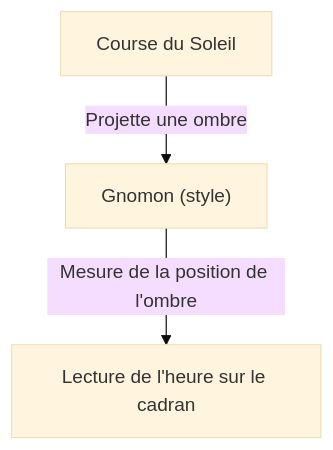
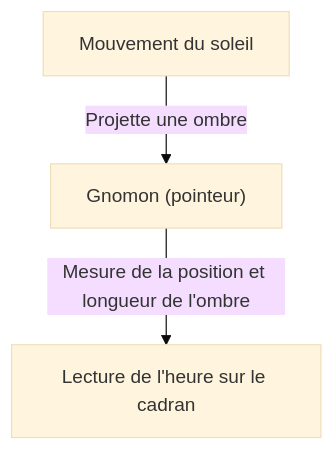
Before and after one commit to kenjinote/blog: the first of 3 diagrams in content/post/history-of-timekeeping-technology/index.fr.md, drawn with Mermaid (base theme). The commit also changed other lines of this file and 129 other files, not shown here.

````diff
--- a/content/post/history-of-timekeeping-technology/index.fr.md
+++ b/content/post/history-of-timekeeping-technology/index.fr.md
@@ -19,5 +22,5 @@
 ```mermaid
 graph TD
-    A["Course du Soleil"] -- "Projette une ombre" --> B["Gnomon (style)"]
-    B -- "Mesure de la position de l'ombre" --> C["Lecture de l'heure sur le cadran"]
+    A["Mouvement du soleil"] -- "Projette une ombre" --> B["Gnomon (pointeur)"]
+    B -- "Mesure de la position et longueur de l'ombre" --> C["Lecture de l'heure sur le cadran"]
 ```
````
